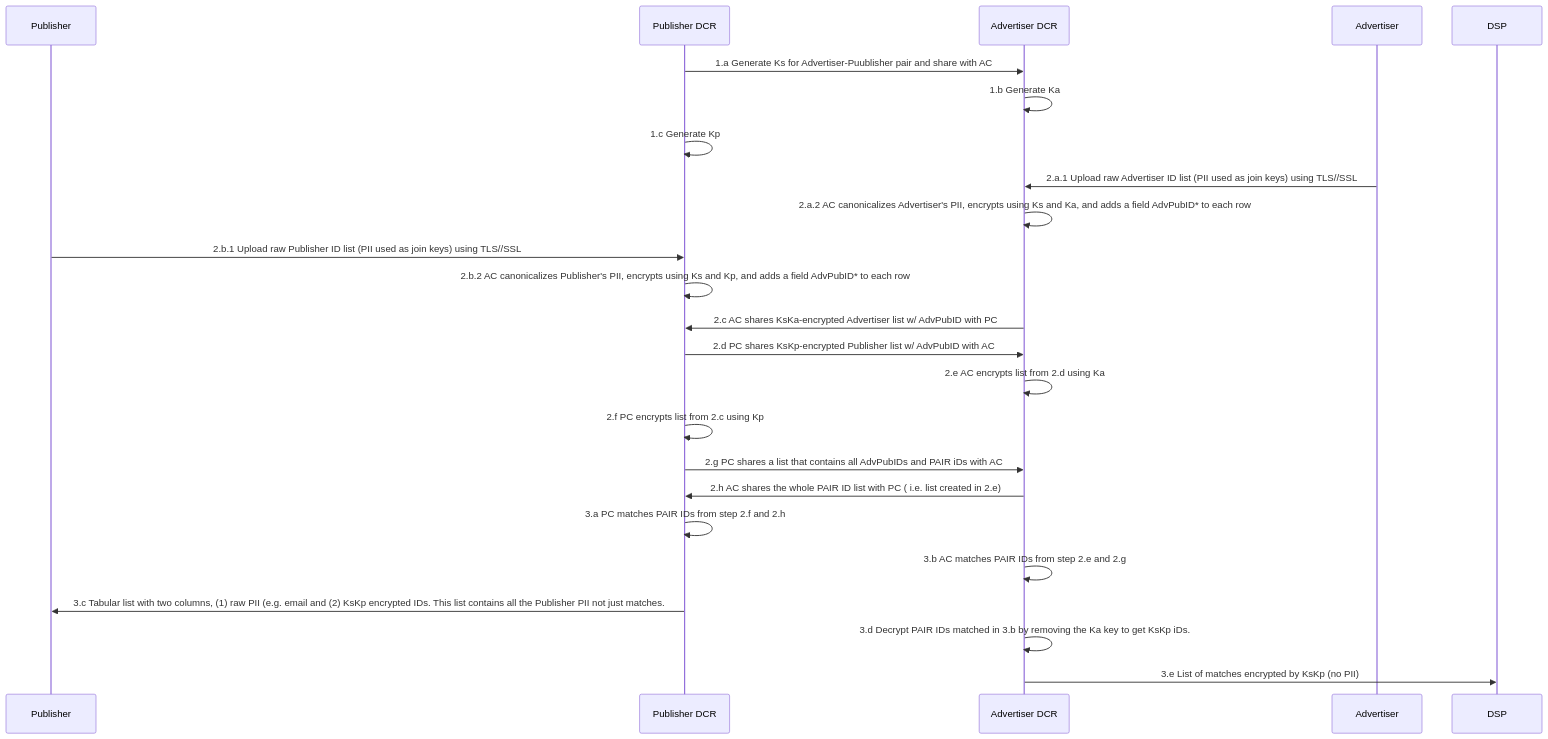
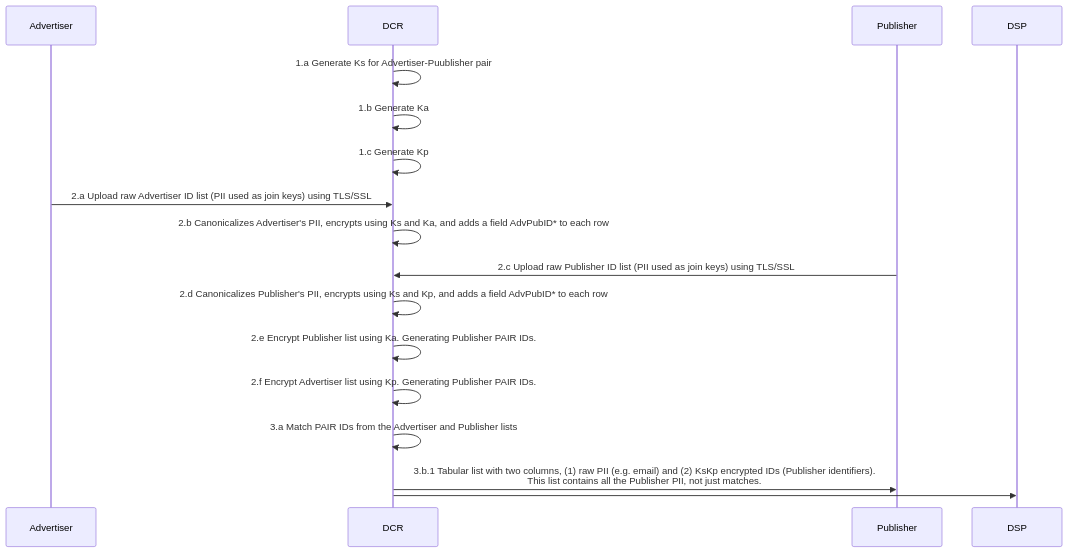
The diagram in PAIR/Single_DCR.md (pm-harshad-mane/Diagrams), drawn with Mermaid before and after one commit.

````diff
--- a/PAIR/Single_DCR.md
+++ b/PAIR/Single_DCR.md
@@ -1,33 +1,24 @@
 ```mermaid
 sequenceDiagram
 
+participant Adv as Advertiser
+participant DCR
 participant Pub as Publisher
-participant PC as Publisher DCR
-participant AC as Advertiser DCR
-participant Adv as Advertiser
 participant DSP
 
-PC->>AC: 1.a Generate Ks for Advertiser-Puublisher pair and share with AC
-AC->>AC: 1.b Generate Ka
-PC->>PC: 1.c Generate Kp
+DCR->>DCR: 1.a Generate Ks for Advertiser-Puublisher pair
+DCR->>DCR: 1.b Generate Ka
+DCR->>DCR: 1.c Generate Kp
 
-Adv->>AC: 2.a.1 Upload raw Advertiser ID list (PII used as join keys) using TLS//SSL
-AC->>AC: 2.a.2 AC canonicalizes Advertiser's PII, encrypts using Ks and Ka, and adds a field AdvPubID* to each row
+Adv->>DCR: 2.a Upload raw Advertiser ID list (PII used as join keys) using TLS/SSL
+DCR->>DCR: 2.b Canonicalizes Advertiser's PII, encrypts using Ks and Ka, and adds a field AdvPubID* to each row
+Pub->>DCR: 2.c Upload raw Publisher ID list (PII used as join keys) using TLS/SSL
+DCR->>DCR: 2.d Canonicalizes Publisher's PII, encrypts using Ks and Kp, and adds a field AdvPubID* to each row
+DCR->>DCR: 2.e Encrypt Publisher list using Ka. Generating Publisher PAIR IDs.
+DCR->>DCR: 2.f Encrypt Advertiser list using Kp. Generating Publisher PAIR IDs.
 
-Pub->>PC: 2.b.1 Upload raw Publisher ID list (PII used as join keys) using TLS//SSL
-PC->>PC: 2.b.2 AC canonicalizes Publisher's PII, encrypts using Ks and Kp, and adds a field AdvPubID* to each row
-
-AC->>PC: 2.c AC shares KsKa-encrypted Advertiser list w/ AdvPubID with PC
-PC->>AC: 2.d PC shares KsKp-encrypted Publisher list w/ AdvPubID with AC
-AC->>AC: 2.e AC encrypts list from 2.d using Ka
-PC->>PC: 2.f PC encrypts list from 2.c using Kp
-PC->>AC: 2.g PC shares a list that contains all AdvPubIDs and PAIR iDs with AC
-AC->>PC: 2.h AC shares the whole PAIR ID list with PC ( i.e. list created in 2.e)
-
-PC->>PC: 3.a PC matches PAIR IDs from step 2.f and 2.h
-AC->>AC: 3.b AC matches PAIR IDs from step 2.e and 2.g
-PC->>Pub: 3.c Tabular list with two columns, (1) raw PII (e.g. email and (2) KsKp encrypted IDs. This list contains all the Publisher PII not just matches.
-AC->>AC: 3.d Decrypt PAIR IDs matched in 3.b by removing the Ka key to get KsKp iDs.
-AC->>DSP: 3.e List of matches encrypted by KsKp (no PII)
+DCR->>DCR: 3.a Match PAIR IDs from the Advertiser and Publisher lists
+DCR->>Pub: 3.b.1 Tabular list with two columns, (1) raw PII (e.g. email) and (2) KsKp encrypted IDs (Publisher identifiers).<br/>This list contains all the Publisher PII, not just matches.
+DCR->>DSP:
 
 ```
````
